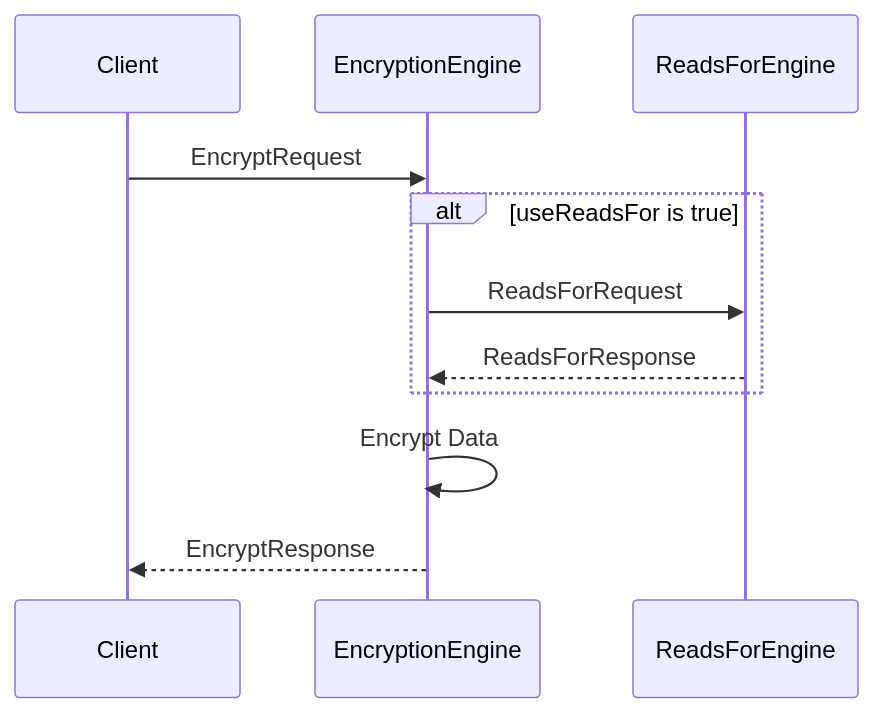
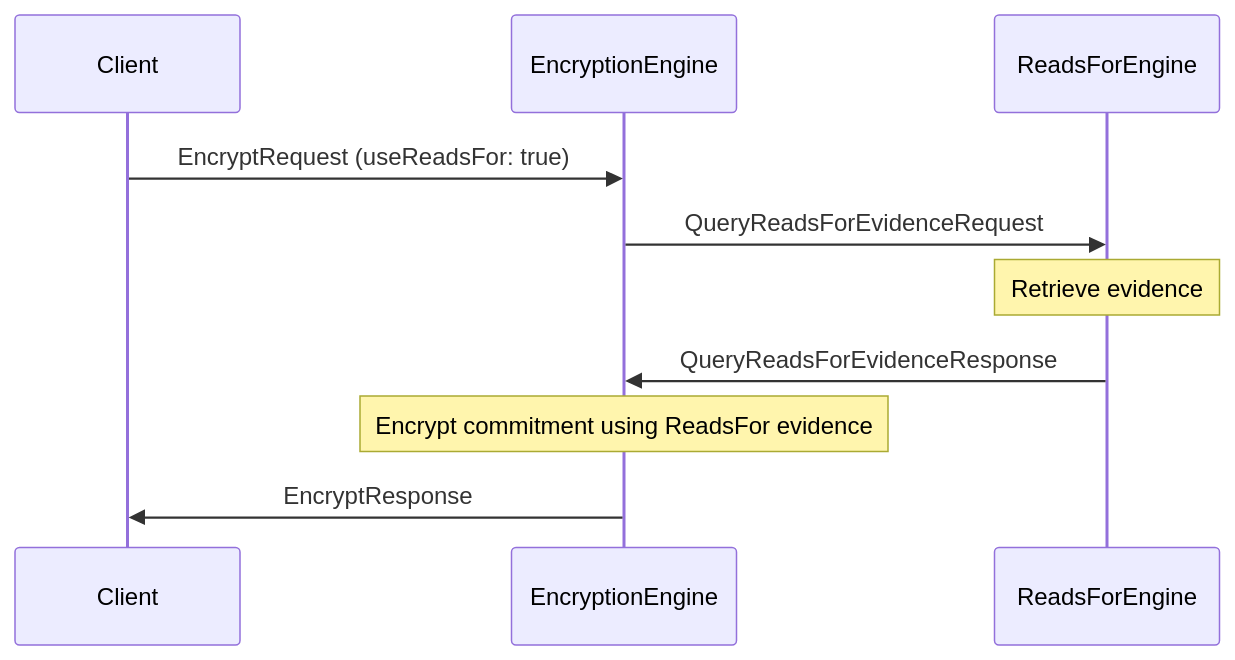
Before and after one commit to anoma/nspec: the second of 2 diagrams in docs/node_architecture/engines/encryption_overview.juvix.md, drawn with Mermaid. The commit also changed other lines of this file and 9 other files, not shown here.

Commit message:
Clearn up sequence diagrams

````diff
--- a/docs/node_architecture/engines/encryption_overview.juvix.md
+++ b/docs/node_architecture/engines/encryption_overview.juvix.md
@@ -86,14 +107,13 @@
 ```mermaid
 sequenceDiagram
     participant Client
     participant EncryptionEngine
     participant ReadsForEngine
 
-    Client ->> EncryptionEngine: EncryptRequest
-    alt useReadsFor is true
-        EncryptionEngine ->> ReadsForEngine: ReadsForRequest
-        ReadsForEngine -->> EncryptionEngine: ReadsForResponse
-    end
-    EncryptionEngine ->> EncryptionEngine: Encrypt Data
-    EncryptionEngine -->> Client: EncryptResponse
+    Client->>EncryptionEngine: EncryptRequest (useReadsFor: true)
+    EncryptionEngine->>ReadsForEngine: QueryReadsForEvidenceRequest
+    Note over ReadsForEngine: Retrieve evidence
+    ReadsForEngine->>EncryptionEngine: QueryReadsForEvidenceResponse
+    Note over EncryptionEngine: Encrypt commitment using ReadsFor evidence
+    EncryptionEngine->>Client: EncryptResponse
 ```
````
